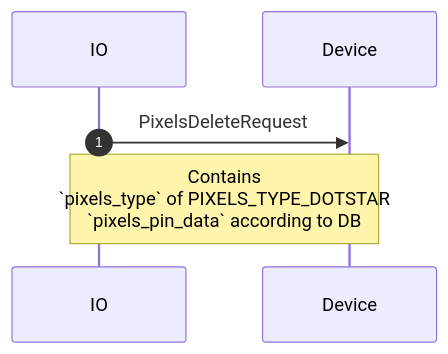
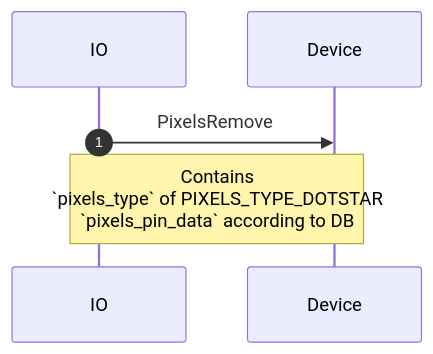
One commit to adafruit/Wippersnapper_Protobuf changed the ninth of 10 diagrams in proto/wippersnapper/docs/pixels.md. Above: the diagram before and after it, drawn with Mermaid. The commit also changed other lines of this file and 6 other files, not shown here.

````diff
--- a/proto/wippersnapper/docs/pixels.md
+++ b/proto/wippersnapper/docs/pixels.md
@@ -103,6 +103,6 @@
 ```mermaid
 sequenceDiagram
 autonumber
-IO->>Device: PixelsDeleteRequest
+IO->>Device: PixelsRemove
 Note over IO, Device: Contains<br> `pixels_type` of PIXELS_TYPE_DOTSTAR<br>`pixels_pin_data` according to DB
 ```
````
